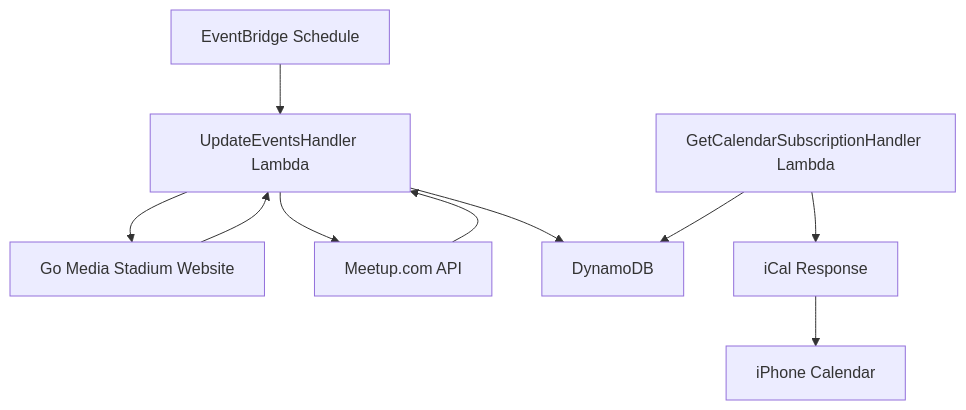
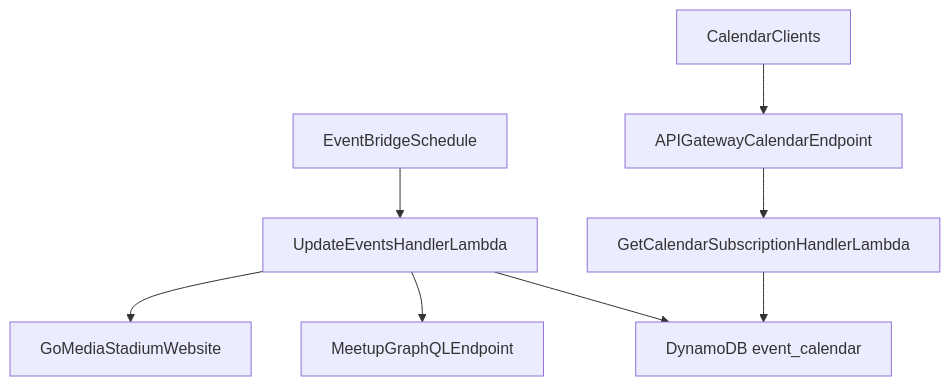
The first of 2 diagrams in event_calendar_api/README.md (jordansimsmith/jordansimsmith-com), drawn with Mermaid before and after one commit. The commit also changed other lines of this file and 9 other files, not shown here.

````diff
--- a/event_calendar_api/README.md
+++ b/event_calendar_api/README.md
@@ -7,12 +32,10 @@
 ```mermaid
-graph TD
-  A[EventBridge Schedule] --> B[UpdateEventsHandler Lambda]
-  B --> C[Go Media Stadium Website]
-  C --> B
-  B --> D[Meetup.com API]
-  D --> B
-  B --> E[DynamoDB]
-  F[GetCalendarSubscriptionHandler Lambda] --> E
-  F --> G[iCal Response]
-  G --> H[iPhone Calendar]
+flowchart TD
+  eventBridge[EventBridgeSchedule] --> updateLambda[UpdateEventsHandlerLambda]
+  updateLambda --> goMedia[GoMediaStadiumWebsite]
+  updateLambda --> meetupApi[MeetupGraphQLEndpoint]
+  updateLambda --> dynamoTable[DynamoDB event_calendar]
+  calendarClients[CalendarClients] --> apiGateway[APIGatewayCalendarEndpoint]
+  apiGateway --> getLambda[GetCalendarSubscriptionHandlerLambda]
+  getLambda --> dynamoTable
 ```
````
